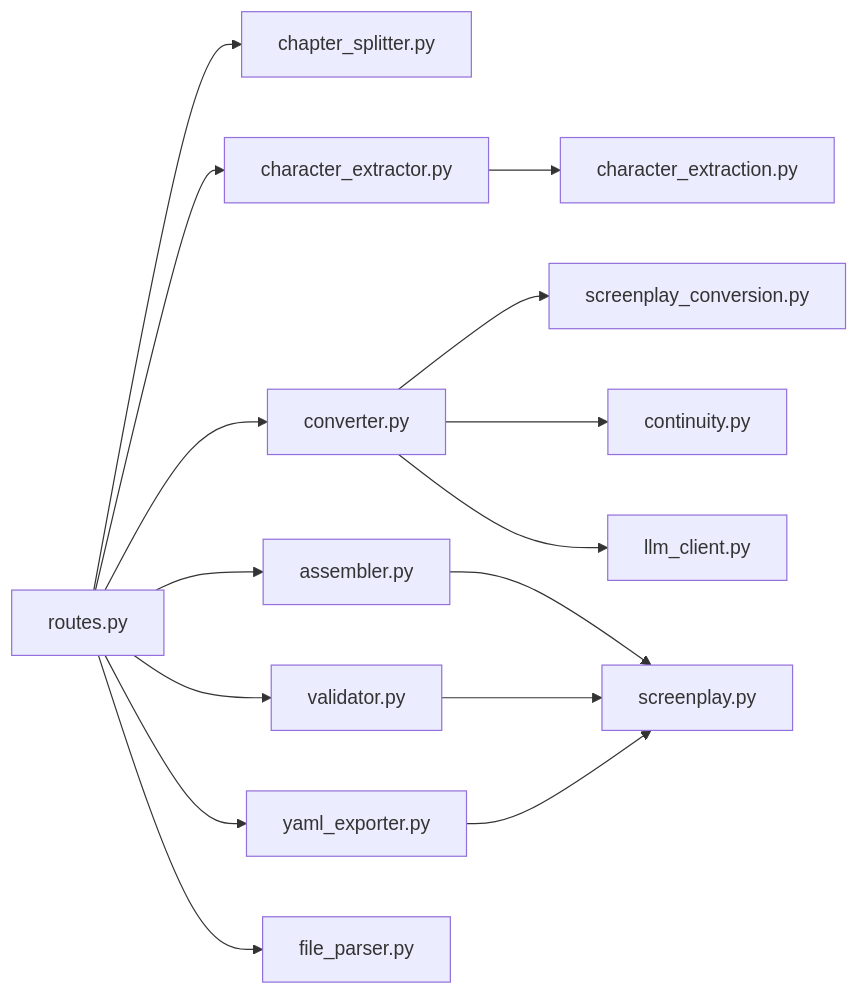
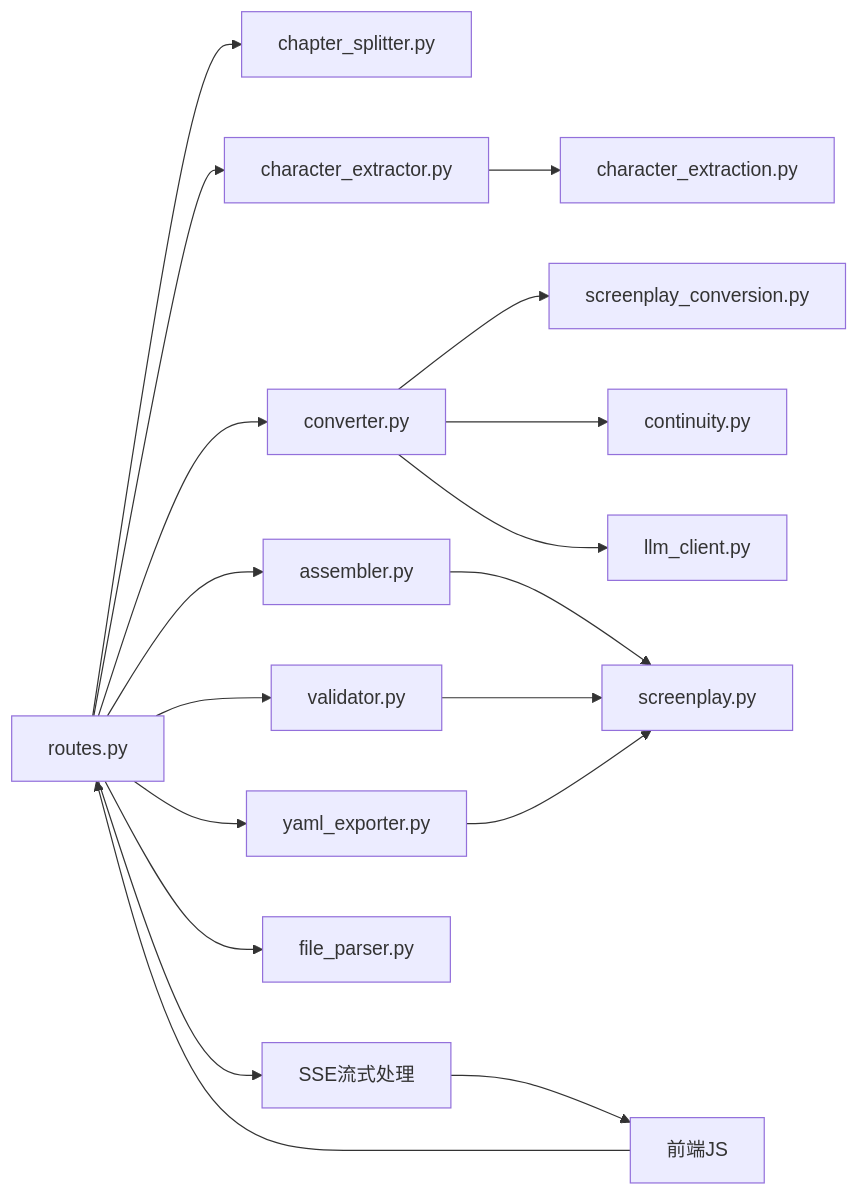
One commit to tjujingzong/Novel-to-Screenplay changed the sixth of 6 diagrams in .qoder/repowiki/zh/content/核心服务模块/转换引擎.md. Above: the diagram before and after it, drawn with Mermaid. The commit also changed other lines of this file and 21 other files, not shown here.

````diff
--- a/.qoder/repowiki/zh/content/核心服务模块/转换引擎.md
+++ b/.qoder/repowiki/zh/content/核心服务模块/转换引擎.md
@@ -372,17 +380,20 @@
 ```mermaid
 graph LR
 Routes["routes.py"] --> Split["chapter_splitter.py"]
 Routes --> Char["character_extractor.py"]
 Routes --> Conv["converter.py"]
 Routes --> Assem["assembler.py"]
 Routes --> Valid["validator.py"]
 Routes --> Yaml["yaml_exporter.py"]
 Routes --> Parser["file_parser.py"]
 Conv --> Prom1["screenplay_conversion.py"]
 Conv --> Prom2["continuity.py"]
 Char --> Prom3["character_extraction.py"]
 Conv --> LLM["llm_client.py"]
 Assem --> Model["screenplay.py"]
 Valid --> Model
 Yaml --> Model
+Routes --> SSE["SSE流式处理"]
+SSE --> Front["前端JS"]
+Front --> Routes
 ```
````
